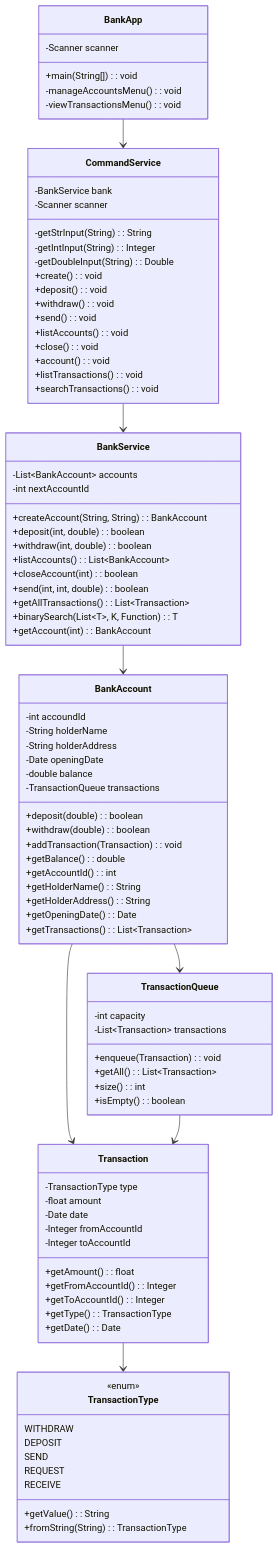
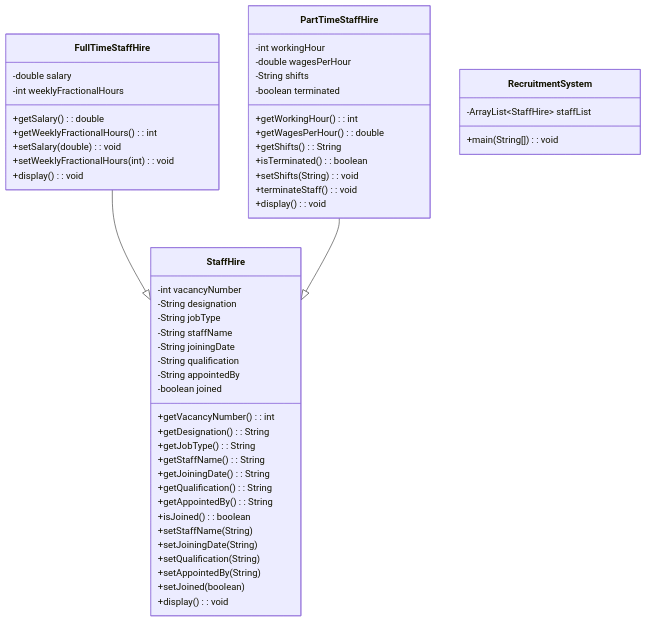
Before and after one commit to etwodev/london-met-coursework: the diagram in src/README.md, drawn with Mermaid. The commit also changed other lines of this file and 15 other files, not shown here.

````diff
--- a/src/README.md
+++ b/src/README.md
@@ -25,99 +9,59 @@
 ```mermaid
 classDiagram
-  class BankApp {
-    -Scanner scanner
-    +main(String[]): void
-    -manageAccountsMenu(): void
-    -viewTransactionsMenu(): void
-  }
+    class StaffHire {
+        -int vacancyNumber
+        -String designation
+        -String jobType
+        -String staffName
+        -String joiningDate
+        -String qualification
+        -String appointedBy
+        -boolean joined
+        +getVacancyNumber(): int
+        +getDesignation(): String
+        +getJobType(): String
+        +getStaffName(): String
+        +getJoiningDate(): String
+        +getQualification(): String
+        +getAppointedBy(): String
+        +isJoined(): boolean
+        +setStaffName(String)
+        +setJoiningDate(String)
+        +setQualification(String)
+        +setAppointedBy(String)
+        +setJoined(boolean)
+        +display(): void
+    }
 
-  class CommandService {
-    -BankService bank
-    -Scanner scanner
-    -getStrInput(String): String
-    -getIntInput(String): Integer
-    -getDoubleInput(String): Double
-    +create(): void
-    +deposit(): void
-    +withdraw(): void
-    +send(): void
-    +listAccounts(): void
-    +close(): void
-    +account(): void
-    +listTransactions(): void
-    +searchTransactions(): void
-  }
+    class FullTimeStaffHire {
+        -double salary
+        -int weeklyFractionalHours
+        +getSalary(): double
+        +getWeeklyFractionalHours(): int
+        +setSalary(double): void
+        +setWeeklyFractionalHours(int): void
+        +display(): void
+    }
 
-  class BankService {
-    -List~BankAccount~ accounts
-    -int nextAccountId
-    +createAccount(String, String): BankAccount
-    +deposit(int, double): boolean
-    +withdraw(int, double): boolean
-    +listAccounts(): List~BankAccount~
-    +closeAccount(int): boolean
-    +send(int, int, double): boolean
-    +getAllTransactions(): List~Transaction~
-    +binarySearch(List~T~, K, Function): T
-    +getAccount(int): BankAccount
-  }
+    class PartTimeStaffHire {
+        -int workingHour
+        -double wagesPerHour
+        -String shifts
+        -boolean terminated
+        +getWorkingHour(): int
+        +getWagesPerHour(): double
+        +getShifts(): String
+        +isTerminated(): boolean
+        +setShifts(String): void
+        +terminateStaff(): void
+        +display(): void
+    }
 
-  class BankAccount {
-    -int accoundId
-    -String holderName
-    -String holderAddress
-    -Date openingDate
-    -double balance
-    -TransactionQueue transactions
-    +deposit(double): boolean
-    +withdraw(double): boolean
-    +addTransaction(Transaction): void
-    +getBalance(): double
-    +getAccountId(): int
-    +getHolderName(): String
-    +getHolderAddress(): String
-    +getOpeningDate(): Date
-    +getTransactions(): List~Transaction~
-  }
+    class RecruitmentSystem {
+        -ArrayList~StaffHire~ staffList
+        +main(String[]): void
+    }
 
-  class Transaction {
-    -TransactionType type
-    -float amount
-    -Date date
-    -Integer fromAccountId
-    -Integer toAccountId
-    +getAmount(): float
-    +getFromAccountId(): Integer
-    +getToAccountId(): Integer
-    +getType(): TransactionType
-    +getDate(): Date
-  }
-
-  class TransactionQueue {
-    -int capacity
-    -List~Transaction~ transactions
-    +enqueue(Transaction): void
-    +getAll(): List~Transaction~
-    +size(): int
-    +isEmpty(): boolean
-  }
-
-  class TransactionType {
-    <<enum>>
-    WITHDRAW
-    DEPOSIT
-    SEND
-    REQUEST
-    RECEIVE
-    +getValue(): String
-    +fromString(String): TransactionType
-  }
-
-  BankApp --> CommandService
-  CommandService --> BankService
-  BankService --> BankAccount
-  BankAccount --> TransactionQueue
-  BankAccount --> Transaction
-  TransactionQueue --> Transaction
-  Transaction --> TransactionType
+    FullTimeStaffHire --|> StaffHire
+    PartTimeStaffHire --|> StaffHire
 ```
````
